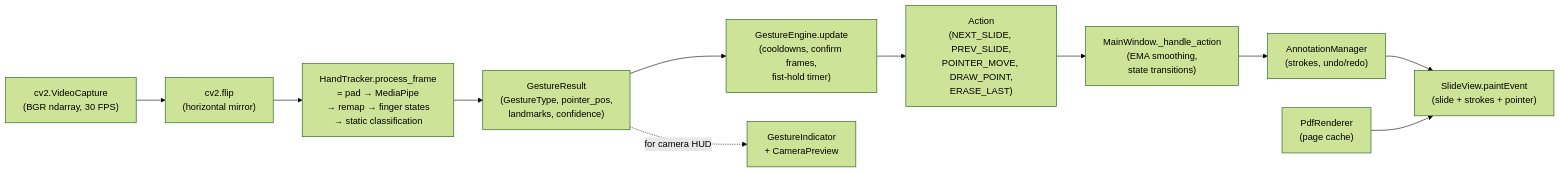
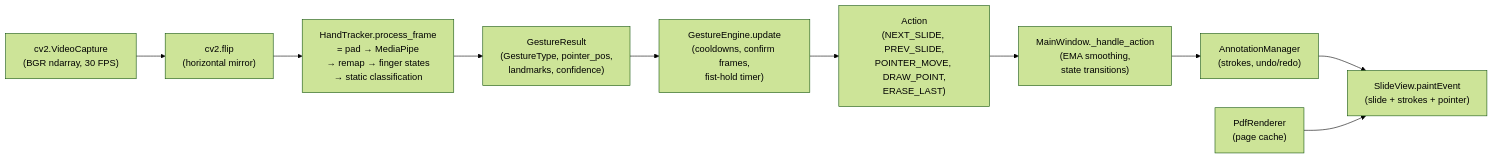
One commit to reka340/HandtrackingPresentation changed the diagram in docs/architecture.md. Above: the diagram before and after it, drawn with Mermaid (forest theme). The commit also changed other lines of this file, not shown here.

Commit message:
Restructure architecture markdown

````diff
--- a/docs/architecture.md
+++ b/docs/architecture.md
@@ -79,19 +49,17 @@
 ```mermaid
 flowchart LR
     cam["cv2.VideoCapture<br/>(BGR ndarray, 30 FPS)"]
     flip["cv2.flip<br/>(horizontal mirror)"]
     tracker["HandTracker.process_frame<br/>= pad → MediaPipe<br/>→ remap → finger states<br/>→ static classification"]
     result["GestureResult<br/>(GestureType, pointer_pos,<br/>landmarks, confidence)"]
     engine["GestureEngine.update<br/>(cooldowns, confirm frames,<br/>fist-hold timer)"]
     action["Action<br/>(NEXT_SLIDE, PREV_SLIDE,<br/>POINTER_MOVE, DRAW_POINT,<br/>ERASE_LAST)"]
     handler["MainWindow._handle_action<br/>(EMA smoothing,<br/>state transitions)"]
     annot["AnnotationManager<br/>(strokes, undo/redo)"]
     pdf["PdfRenderer<br/>(page cache)"]
     slide["SlideView.paintEvent<br/>(slide + strokes + pointer)"]
-    indicator["GestureIndicator<br/>+ CameraPreview"]
 
     cam --> flip --> tracker --> result --> engine --> action --> handler
     handler --> annot --> slide
     pdf --> slide
-    result -. "for camera HUD" .-> indicator
 ```
````
